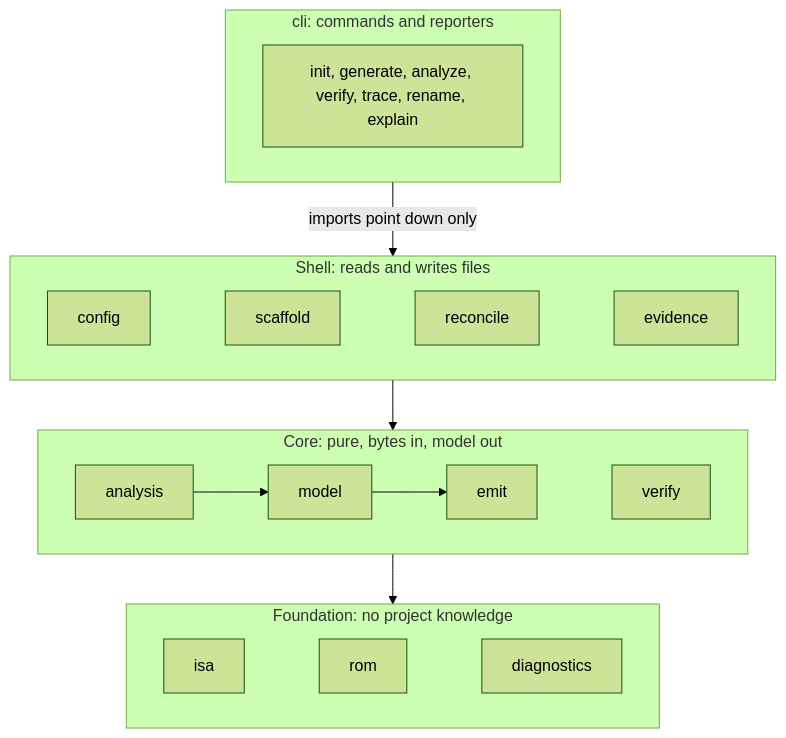
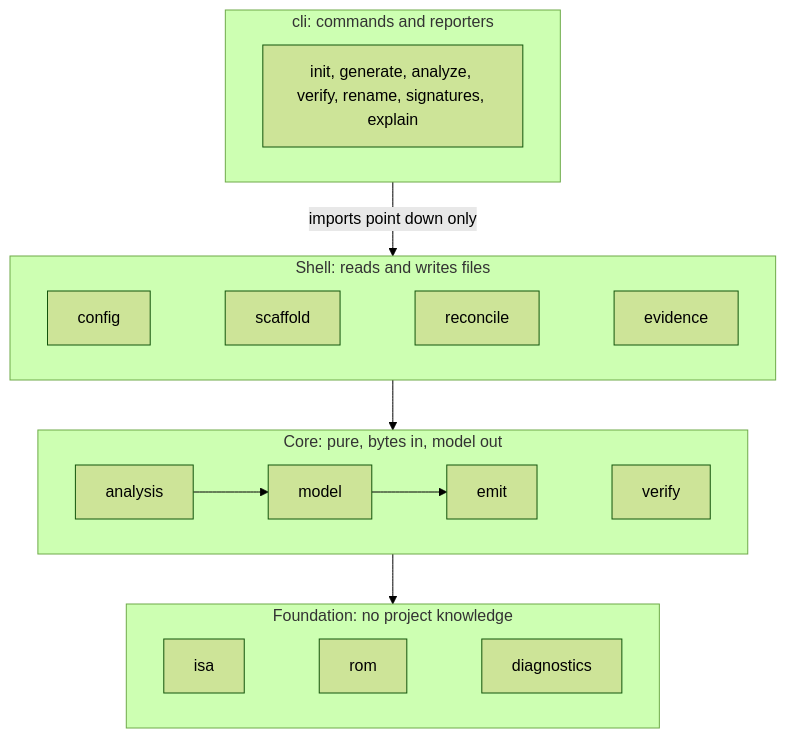
One commit to macabeus/romlift changed the second of 3 diagrams in docs/plan.md. Above: the diagram before and after it, drawn with Mermaid (forest theme). The commit also changed other lines of this file and 7 other files, not shown here.

````diff
--- a/docs/plan.md
+++ b/docs/plan.md
@@ -123,16 +125,16 @@
 ```mermaid
 flowchart TB
   subgraph cli["cli: commands and reporters"]
-    commands["init, generate, analyze, verify, trace, rename, explain"]
+    commands["init, generate, analyze, verify, rename, signatures, explain"]
   end
   subgraph shell["Shell: reads and writes files"]
     config ~~~ scaffold ~~~ reconcile ~~~ evidence
   end
   subgraph core["Core: pure, bytes in, model out"]
     analysis --> model --> emit ~~~ verify
   end
   subgraph foundation["Foundation: no project knowledge"]
     isa ~~~ rom ~~~ diagnostics
   end
   cli -- imports point down only --> shell --> core --> foundation
 ```
````
